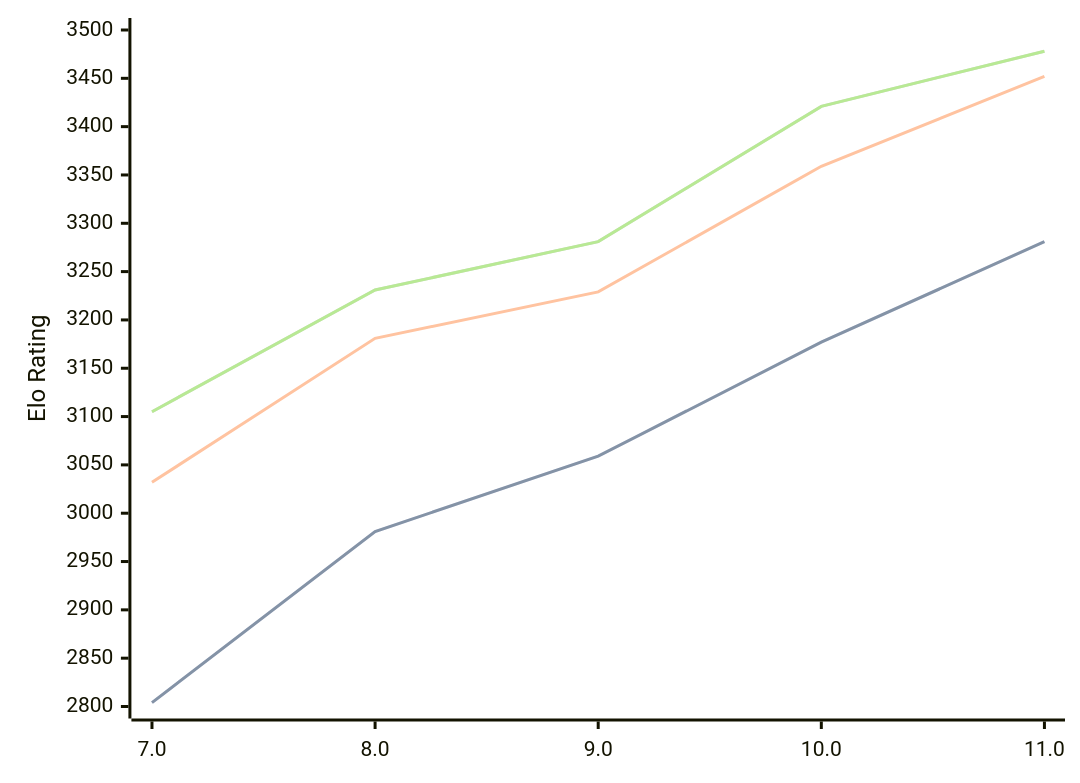
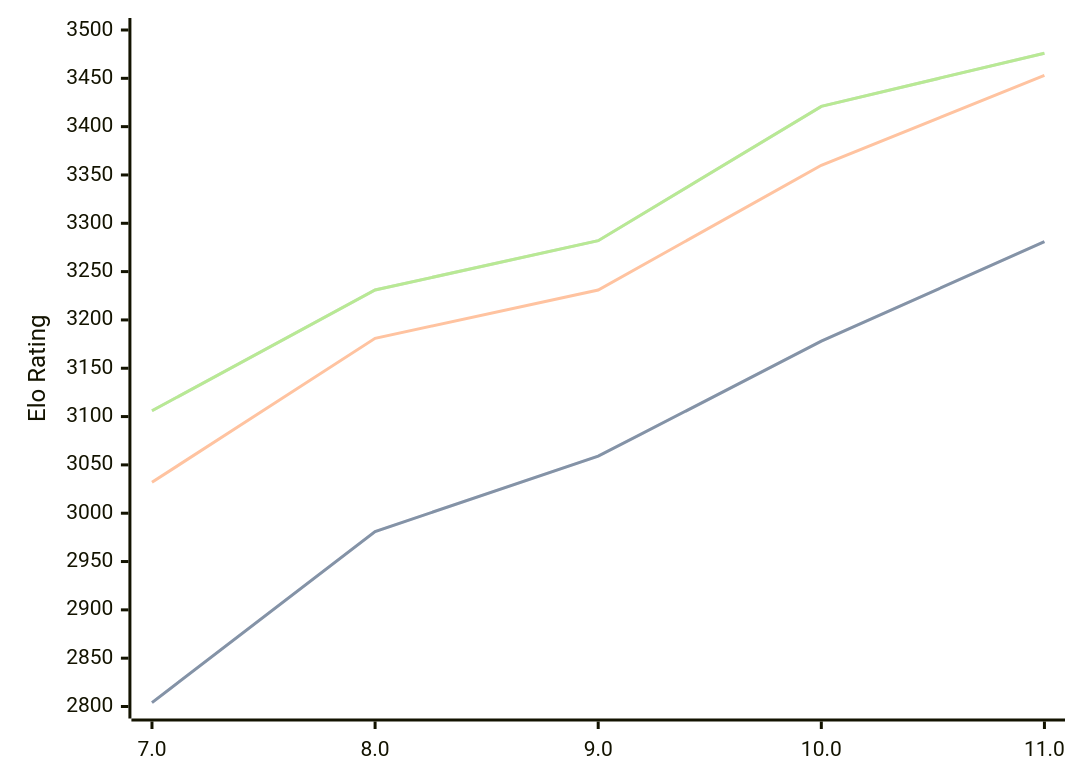
Before and after one commit to computer-chess-index/cci: the diagram in engines/Tcheran.md, drawn with Mermaid. The commit also changed other lines of this file, not shown here.

Commit message:
Update CCI Ratings (ELO VLTC) - 2026-04-27

````diff
--- a/engines/Tcheran.md
+++ b/engines/Tcheran.md
@@ -49,11 +49,11 @@
 ```mermaid
 %%{init: {"theme":"base","themeVariables":{"seriesColors:['#a3a3a3','#222221','#faa371']}}}%%
 xychart-beta
   x-axis ["7.0", "8.0", "9.0", "10.0", "11.0"]
   y-axis "Elo Rating" 2800 --> 3500
-  line "STC (8.0+0.08s)" [2804, 2981, 3059, 3177, 3281]
-  line "STC (8.0+0.08s)" [2804, 2981, 3059, 3177, 3281]
-  line "LTC (60.0+0.60s)" [3032, 3181, 3229, 3359, 3452]
-  line "VLTC (2m24s+1.12s)" [3105, 3231, 3281, 3421, 3478]
-  line "VLTC (2m24s+1.12s)" [3105, 3231, 3281, 3421, 3478]
+  line "STC (8.0+0.08s)" [2804, 2981, 3059, 3178, 3281]
+  line "STC (8.0+0.08s)" [2804, 2981, 3059, 3178, 3281]
+  line "LTC (60.0+0.60s)" [3032, 3181, 3231, 3360, 3453]
+  line "VLTC (2m24s+1.12s)" [3106, 3231, 3282, 3421, 3476]
+  line "VLTC (2m24s+1.12s)" [3106, 3231, 3282, 3421, 3476]
 ```
````
